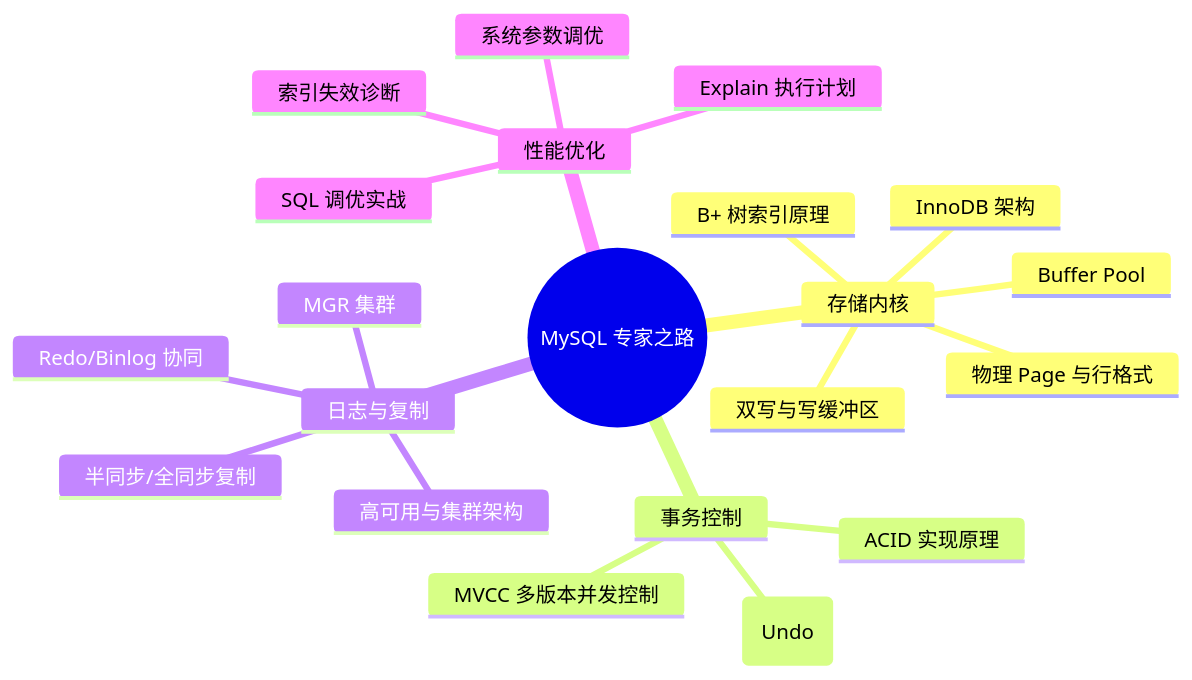
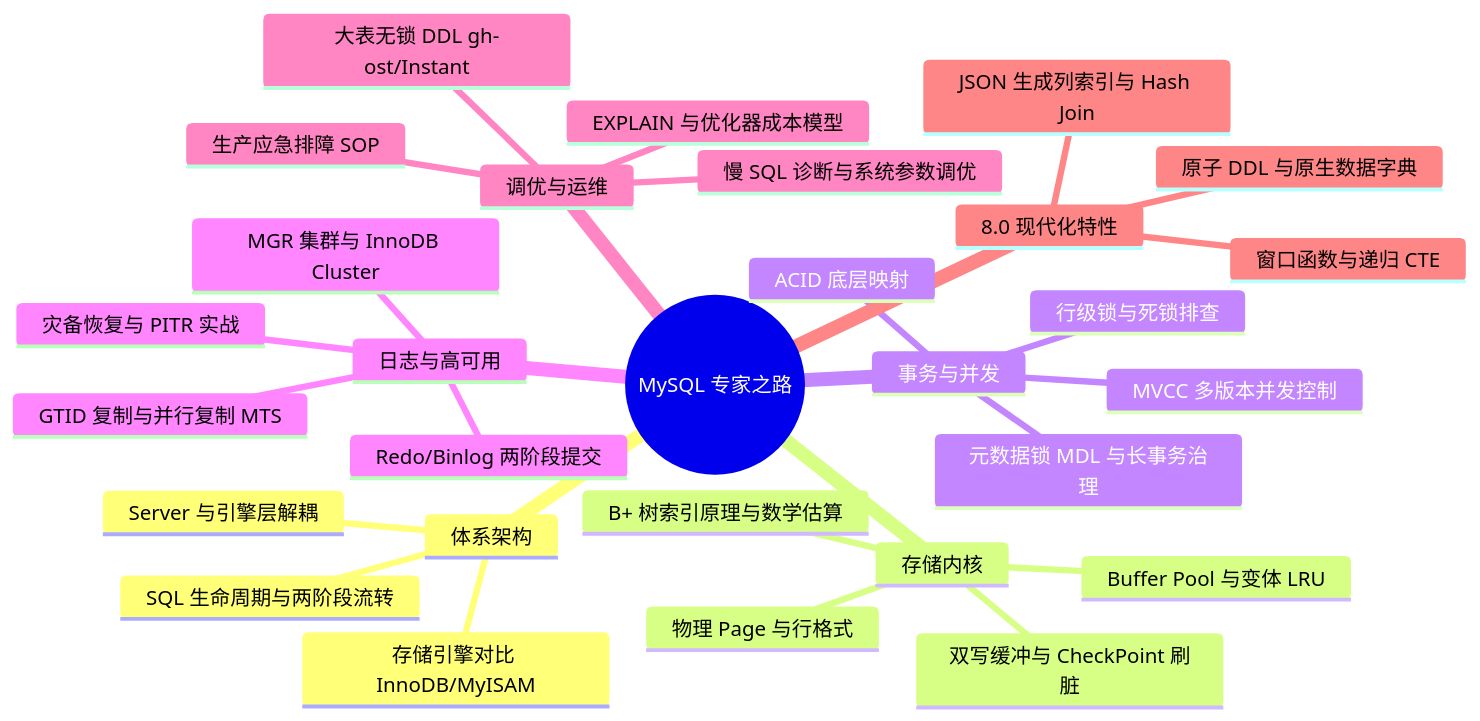
Before and after one commit to Aiden-Coding/AiDocs: the diagram in docs/database/mysql/0-readme.md, drawn with Mermaid. The commit also changed other lines of this file and 13 other files, not shown here.

````diff
--- a/docs/database/mysql/0-readme.md
+++ b/docs/database/mysql/0-readme.md
@@ -17,24 +17,32 @@
 ```mermaid
 mindmap
   root((MySQL 专家之路))
+    体系架构
+      Server 与引擎层解耦
+      SQL 生命周期与两阶段流转
+      存储引擎对比 InnoDB/MyISAM
     存储内核
-      InnoDB 架构
-      B+ 树索引原理
-      Buffer Pool
+      B+ 树索引原理与数学估算
+      Buffer Pool 与变体 LRU
       物理 Page 与行格式
-      双写与写缓冲区
-    事务控制
-      ACID 实现原理
+      双写缓冲与 CheckPoint 刷脏
+    事务与并发
+      ACID 底层映射
       MVCC 多版本并发控制
-      回滚日志 (Undo)
-    日志与复制
-      Redo/Binlog 协同
-      半同步/全同步复制
-      MGR 集群
-      高可用与集群架构
-    性能优化
-      Explain 执行计划
-      索引失效诊断
-      SQL 调优实战
-      系统参数调优
+      行级锁与死锁排查
+      元数据锁 MDL 与长事务治理
+    日志与高可用
+      Redo/Binlog 两阶段提交
+      GTID 复制与并行复制 MTS
+      MGR 集群与 InnoDB Cluster
+      灾备恢复与 PITR 实战
+    调优与运维
+      EXPLAIN 与优化器成本模型
+      慢 SQL 诊断与系统参数调优
+      大表无锁 DDL gh-ost/Instant
+      生产应急排障 SOP
+    8.0 现代化特性
+      原子 DDL 与原生数据字典
+      窗口函数与递归 CTE
+      JSON 生成列索引与 Hash Join
 ```
````
